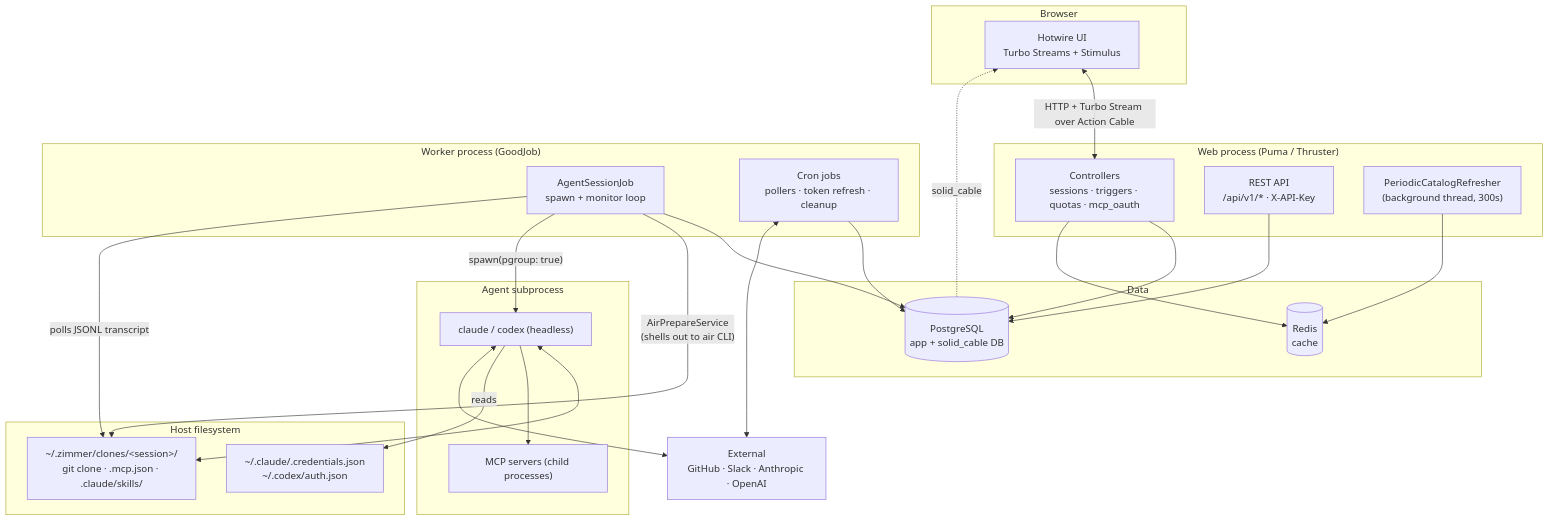
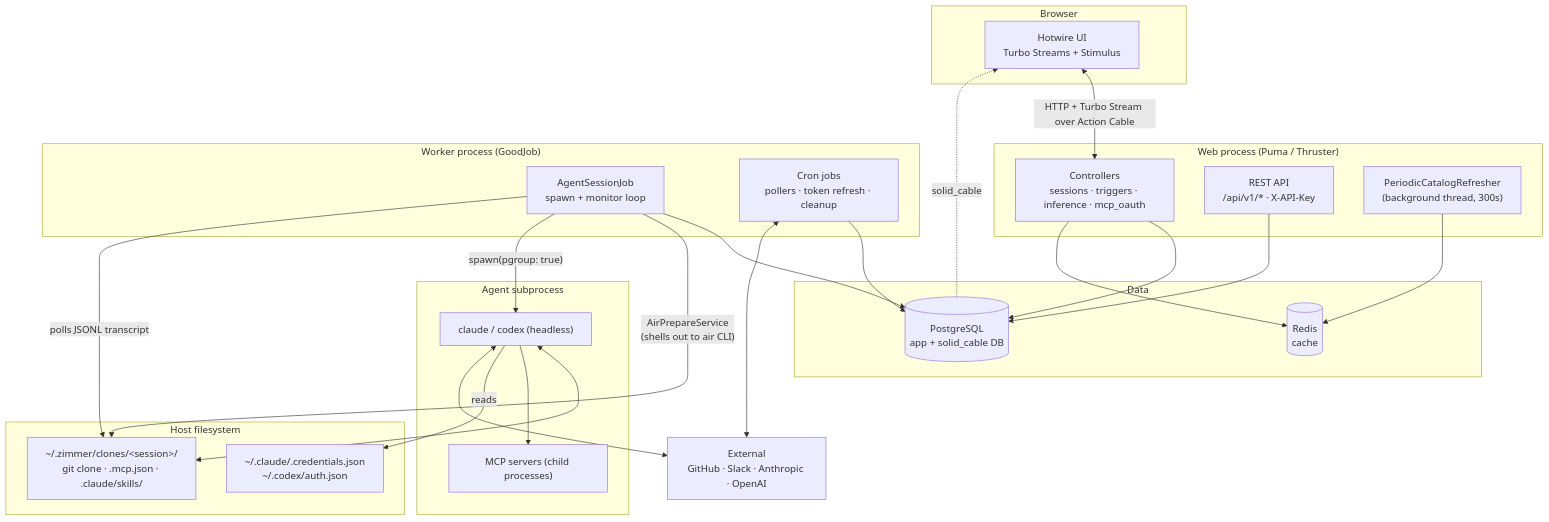
One commit to tadasant/zimmer changed the first of 2 diagrams in docs/src/content/docs/intro/architecture.md. Above: the diagram before and after it, drawn with Mermaid. The commit also changed 120 other files, not shown here.

````diff
--- a/docs/src/content/docs/intro/architecture.md
+++ b/docs/src/content/docs/intro/architecture.md
@@ -13,51 +13,51 @@
 ```mermaid
 flowchart TB
     subgraph browser["Browser"]
         UI["Hotwire UI<br/>Turbo Streams + Stimulus"]
     end
 
     subgraph web["Web process (Puma / Thruster)"]
-        RC["Controllers<br/>sessions · triggers · quotas · mcp_oauth"]
+        RC["Controllers<br/>sessions · triggers · inference · mcp_oauth"]
         API["REST API<br/>/api/v1/* · X-API-Key"]
         PCR["PeriodicCatalogRefresher<br/>(background thread, 300s)"]
     end
 
     subgraph worker["Worker process (GoodJob)"]
         ASJ["AgentSessionJob<br/>spawn + monitor loop"]
         CRON["Cron jobs<br/>pollers · token refresh · cleanup"]
     end
 
     subgraph data["Data"]
         PG[("PostgreSQL<br/>app + solid_cable DB")]
         RD[("Redis<br/>cache")]
     end
 
     subgraph host["Host filesystem"]
         CLONE["~/.zimmer/clones/&lt;session&gt;/<br/>git clone · .mcp.json · .claude/skills/"]
         CRED["~/.claude/.credentials.json<br/>~/.codex/auth.json"]
     end
 
     subgraph proc["Agent subprocess"]
         CLI["claude / codex (headless)"]
         MCP["MCP servers (child processes)"]
     end
 
     EXT["External<br/>GitHub · Slack · Anthropic · OpenAI"]
 
     UI <-->|"HTTP + Turbo Stream over Action Cable"| RC
     RC --> PG
     API --> PG
     PG -.->|"solid_cable"| UI
     RC --> RD
     ASJ --> PG
     CRON --> PG
     ASJ -->|"AirPrepareService<br/>(shells out to air CLI)"| CLONE
     ASJ -->|"spawn(pgroup: true)"| CLI
     CLI <--> CLONE
     CLI --> MCP
     CLI -->|"reads"| CRED
     ASJ -->|"polls JSONL transcript"| CLONE
     CLI <--> EXT
     CRON <--> EXT
     PCR --> RD
 ```
````
